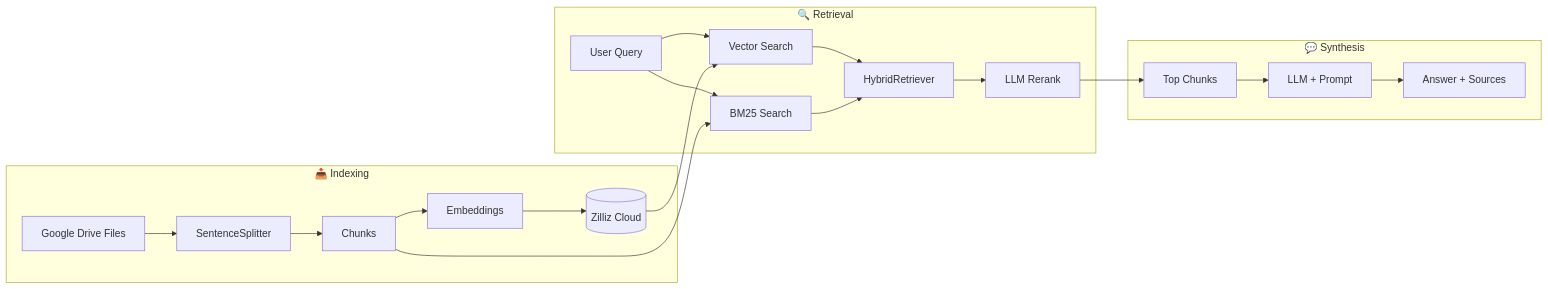
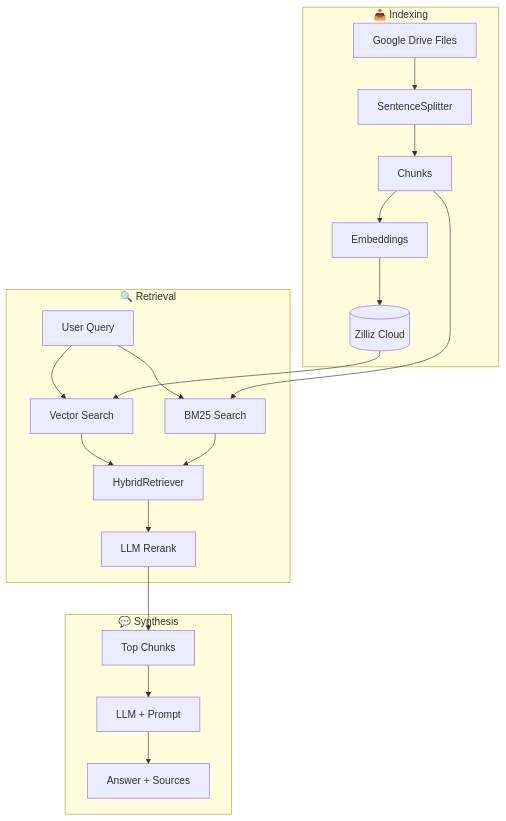
The diagram in RAG.md (arjuntheprogrammer/internal-knowledge-assistant-rag), drawn with Mermaid before and after one commit. The commit also changed other lines of this file, not shown here.

Commit message:
Change RAG.md mermaid diagram to vertical layout

````diff
--- a/RAG.md
+++ b/RAG.md
@@ -42,26 +42,26 @@
 ```mermaid
-flowchart LR
+flowchart TD
     subgraph Indexing["📥 Indexing"]
         A[Google Drive Files] --> B[SentenceSplitter]
         B --> C[Chunks]
         C --> D[Embeddings]
         D --> E[(Zilliz Cloud)]
     end
 
     subgraph Retrieval["🔍 Retrieval"]
         F[User Query] --> G[Vector Search]
         F --> H[BM25 Search]
         G --> I[HybridRetriever]
         H --> I
         I --> J[LLM Rerank]
     end
 
     subgraph Synthesis["💬 Synthesis"]
         J --> K[Top Chunks]
         K --> L[LLM + Prompt]
         L --> M[Answer + Sources]
     end
 
     E --> G
     C --> H
 ```
````
